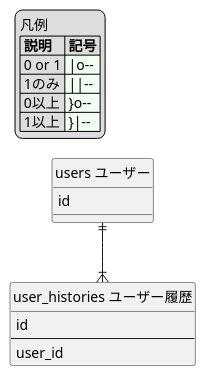
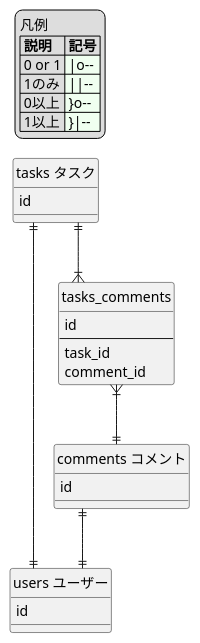
One commit to flatring/document-site-using-vuepress changed the diagram in docs/internal/er/sample.md. Above: the diagram before and after it, drawn with PlantUML. The commit also changed 10 other files, not shown here.

```diff
--- a/docs/internal/er/sample.md
+++ b/docs/internal/er/sample.md
@@ -10,25 +10,37 @@
 @startuml
 hide circle
 skinparam linetype ortho
 
 legend top left
   凡例
   |= 説明 |= 記号 |
   | 0 or 1 | <#honeydew> \|o-- |
   | 1のみ | <#honeydew> \|\|-- |
   | 0以上 | <#honeydew> }o-- |
   | 1以上 | <#honeydew> }\|-- |
 end legend
 
 entity "users ユーザー" as users {
   id
 }
 
-entity "user_histories ユーザー履歴" as user_histories {
+entity "tasks タスク" as tasks {
+  id
+}
+
+entity "tasks_comments" as tasks_comments {
   id
   --
-  user_id
+  task_id
+  comment_id
 }
 
-users ||--|{ user_histories
+entity "comments コメント" as comments {
+  id
+}
+
+tasks ||--|{ tasks_comments
+tasks ||--|| users
+tasks_comments }|--|| comments
+comments ||--|| users
 @enduml
```
